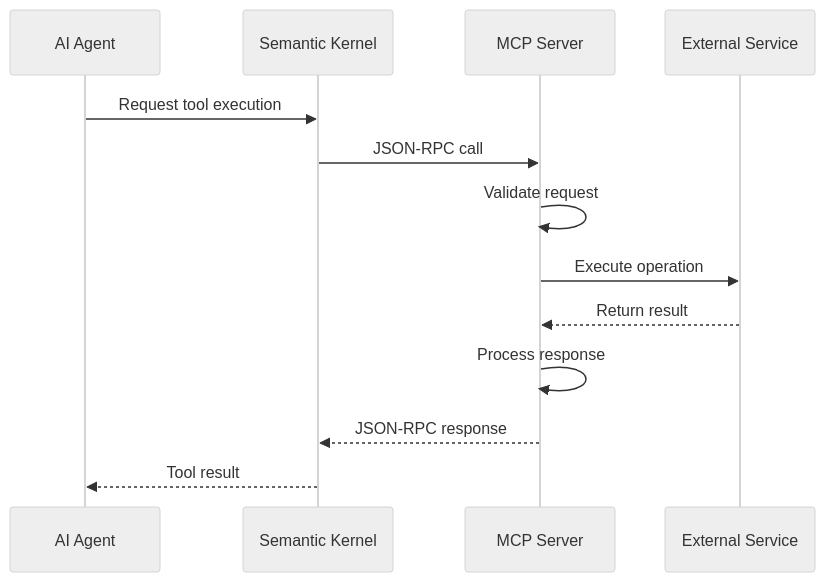
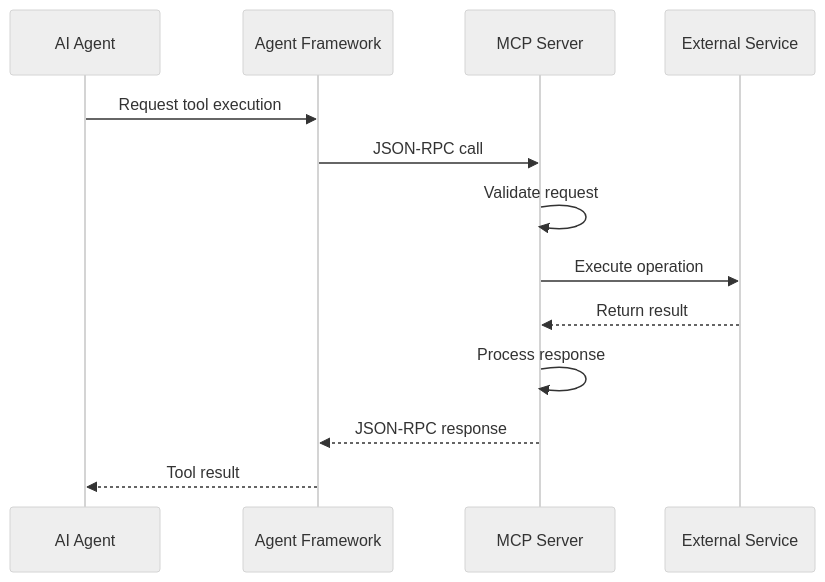
One commit to microsoft/Container-Migration-Solution-Accelerator changed the second of 2 diagrams in docs/MCPServerGuide.md. Above: the diagram before and after it, drawn with Mermaid (neutral theme). The commit also changed other lines of this file and 324 other files, not shown here.

Commit message:
add Agent Framework based code.

````diff
--- a/docs/MCPServerGuide.md
+++ b/docs/MCPServerGuide.md
@@ -47,16 +47,16 @@
 ```mermaid
 sequenceDiagram
     participant Agent as AI Agent
-    participant SK as Semantic Kernel
+    participant AF as Agent Framework
     participant MCP as MCP Server
     participant EXT as External Service
 
-    Agent->>SK: Request tool execution
-    SK->>MCP: JSON-RPC call
+    Agent->>AF: Request tool execution
+    AF->>MCP: JSON-RPC call
     MCP->>MCP: Validate request
     MCP->>EXT: Execute operation
     EXT-->>MCP: Return result
     MCP->>MCP: Process response
-    MCP-->>SK: JSON-RPC response
-    SK-->>Agent: Tool result
+    MCP-->>AF: JSON-RPC response
+    AF-->>Agent: Tool result
 ```
````
